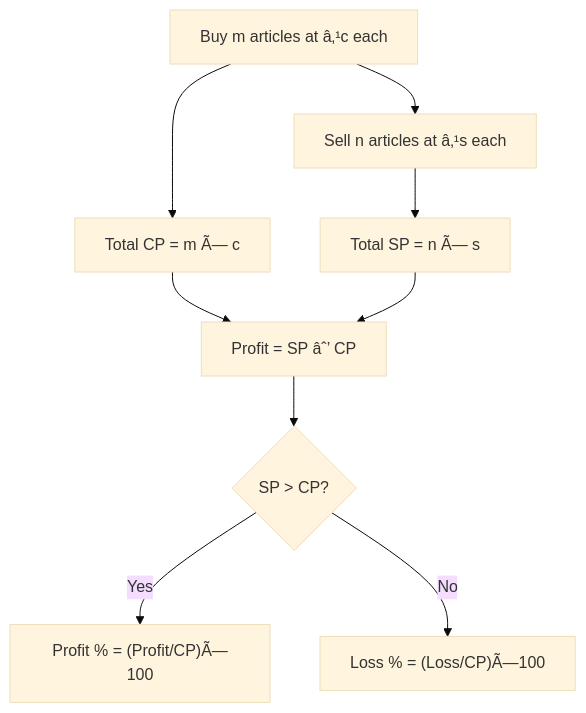
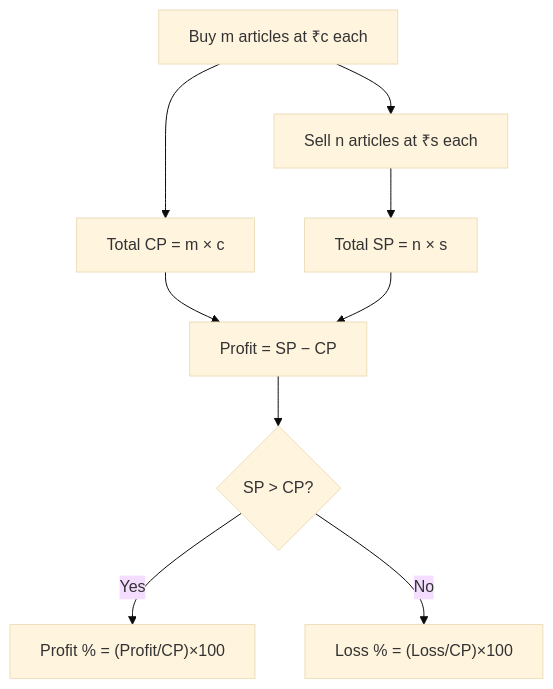
One commit to Raushan666java/ai-engineering-journey changed the tenth of 11 diagrams in docs/courses/quantitative-aptitude/01-arithmetic-foundation.md. Above: the diagram before and after it, drawn with Mermaid (base theme). The commit also changed other lines of this file and 965 other files, not shown here.

````diff
--- a/docs/courses/quantitative-aptitude/01-arithmetic-foundation.md
+++ b/docs/courses/quantitative-aptitude/01-arithmetic-foundation.md
@@ -1095,11 +1095,11 @@
 ```mermaid
 flowchart TD
-    A["Buy m articles at â‚¹c each"] --> B["Total CP = m Ã— c"]
-    A --> C["Sell n articles at â‚¹s each"]
-    C --> D["Total SP = n Ã— s"]
-    B --> E["Profit = SP âˆ’ CP"]
+    A["Buy m articles at ₹c each"] --> B["Total CP = m × c"]
+    A --> C["Sell n articles at ₹s each"]
+    C --> D["Total SP = n × s"]
+    B --> E["Profit = SP − CP"]
     D --> E
     E --> F{"SP > CP?"}
-    F -->|"Yes"| G["Profit % = (Profit/CP)Ã—100"]
-    F -->|"No"| H["Loss % = (Loss/CP)Ã—100"]
+    F -->|"Yes"| G["Profit % = (Profit/CP)×100"]
+    F -->|"No"| H["Loss % = (Loss/CP)×100"]
 ```
````
